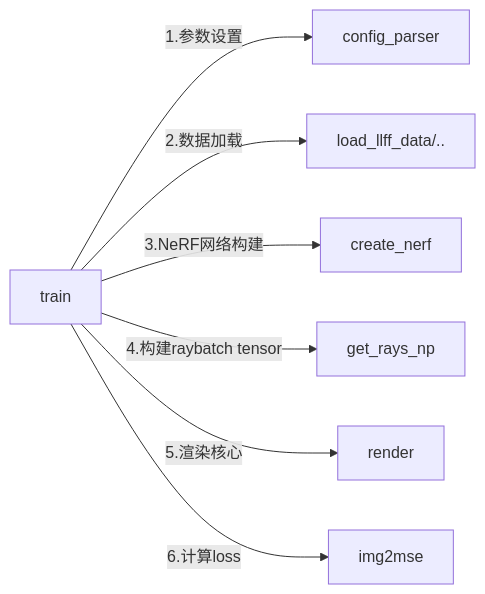
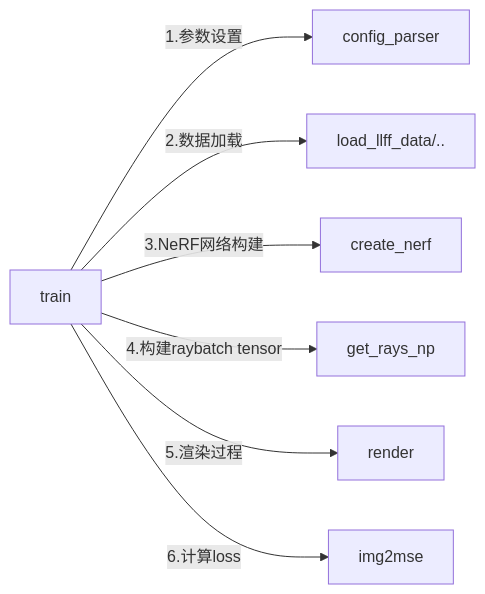
Before and after one commit to KuanqiCai/Reading-Notes: the first of 5 diagrams in SLAM_ROS_SFM/NeRF.md, drawn with Mermaid. The commit also changed other lines of this file, not shown here.

Commit message:
nerf神经网络模型图解

````diff
--- a/SLAM_ROS_SFM/NeRF.md
+++ b/SLAM_ROS_SFM/NeRF.md
@@ -280,9 +280,9 @@
 ```mermaid
 flowchart LR
  train -->|1.参数设置|config_parser
  train -->|2.数据加载|load_llff_data/..
  train -->|3.NeRF网络构建|create_nerf
  train -->|4.构建raybatch tensor|get_rays_np
- train -->|5.渲染核心|render
+ train -->|5.渲染过程|render
  train -->|6.计算loss|img2mse
 ```
````
